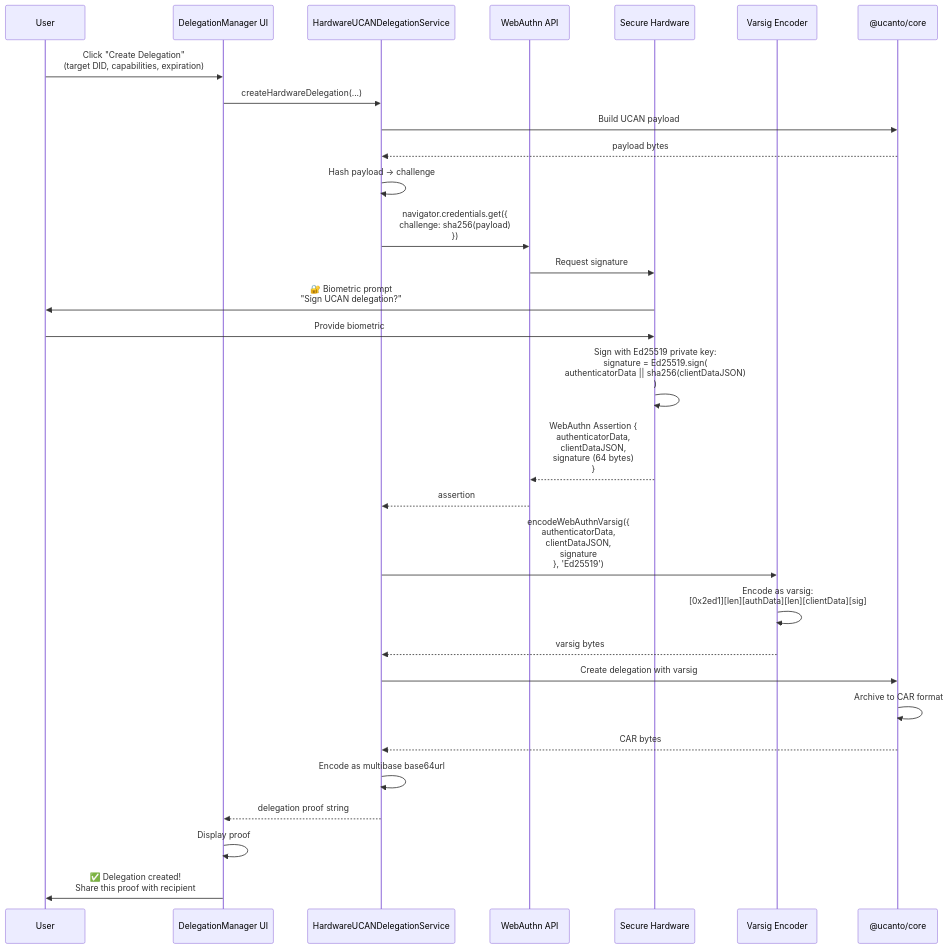
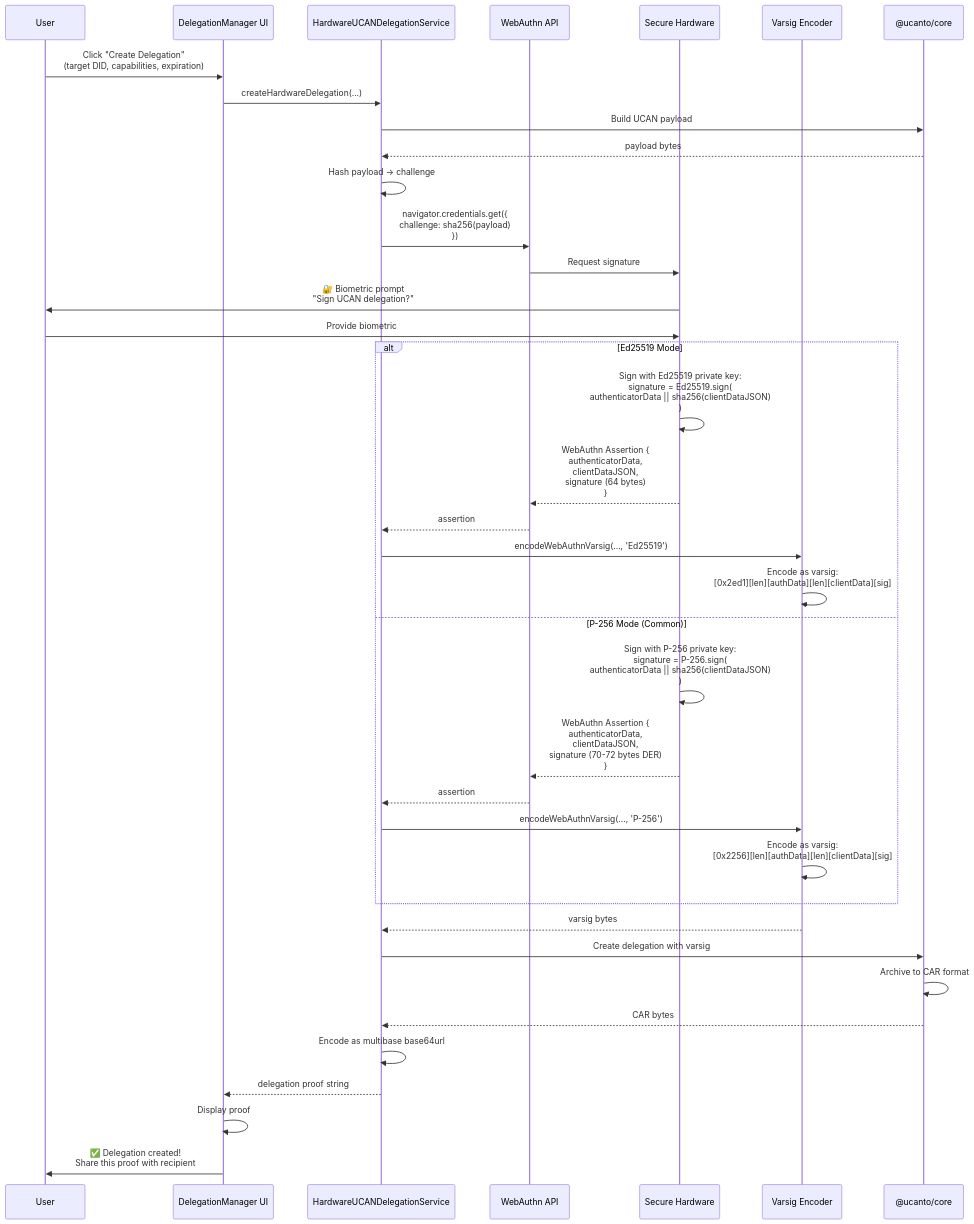
One commit to NiKrause/ucan-upload-wall changed the fourth of 13 diagrams in docs/ARCHITECTURE_FLOW.md. Above: the diagram before and after it, drawn with Mermaid. The commit also changed other lines of this file and 10 other files, not shown here.

````diff
--- a/docs/ARCHITECTURE_FLOW.md
+++ b/docs/ARCHITECTURE_FLOW.md
@@ -219,43 +236,49 @@
 ```mermaid
 sequenceDiagram
     participant User
     participant UI as DelegationManager UI
     participant HardwareService as HardwareUCANDelegationService
     participant Browser as WebAuthn API
     participant Hardware as Secure Hardware
     participant VarsigEncoder as Varsig Encoder
     participant Ucanto as @ucanto/core
 
     User->>UI: Click "Create Delegation"<br/>(target DID, capabilities, expiration)
     UI->>HardwareService: createHardwareDelegation(...)
     
     HardwareService->>Ucanto: Build UCAN payload
     Ucanto-->>HardwareService: payload bytes
     
     HardwareService->>HardwareService: Hash payload → challenge
     HardwareService->>Browser: navigator.credentials.get({<br/>  challenge: sha256(payload)<br/>})
     
     Browser->>Hardware: Request signature
     Hardware->>User: 🔐 Biometric prompt<br/>"Sign UCAN delegation?"
     User->>Hardware: Provide biometric
     
-    Hardware->>Hardware: Sign with Ed25519 private key:<br/>signature = Ed25519.sign(<br/>  authenticatorData || sha256(clientDataJSON)<br/>)
-    Hardware-->>Browser: WebAuthn Assertion {<br/>  authenticatorData,<br/>  clientDataJSON,<br/>  signature (64 bytes)<br/>}
+    alt Ed25519 Mode
+        Hardware->>Hardware: Sign with Ed25519 private key:<br/>signature = Ed25519.sign(<br/>  authenticatorData || sha256(clientDataJSON)<br/>)
+        Hardware-->>Browser: WebAuthn Assertion {<br/>  authenticatorData,<br/>  clientDataJSON,<br/>  signature (64 bytes)<br/>}
+        Browser-->>HardwareService: assertion
+        HardwareService->>VarsigEncoder: encodeWebAuthnVarsig(..., 'Ed25519')
+        VarsigEncoder->>VarsigEncoder: Encode as varsig:<br/>[0x2ed1][len][authData][len][clientData][sig]
+    else P-256 Mode (Common)
+        Hardware->>Hardware: Sign with P-256 private key:<br/>signature = P-256.sign(<br/>  authenticatorData || sha256(clientDataJSON)<br/>)
+        Hardware-->>Browser: WebAuthn Assertion {<br/>  authenticatorData,<br/>  clientDataJSON,<br/>  signature (70-72 bytes DER)<br/>}
+        Browser-->>HardwareService: assertion
+        HardwareService->>VarsigEncoder: encodeWebAuthnVarsig(..., 'P-256')
+        VarsigEncoder->>VarsigEncoder: Encode as varsig:<br/>[0x2256][len][authData][len][clientData][sig]
+    end
     
-    Browser-->>HardwareService: assertion
-    
-    HardwareService->>VarsigEncoder: encodeWebAuthnVarsig({<br/>  authenticatorData,<br/>  clientDataJSON,<br/>  signature<br/>}, 'Ed25519')
-    
-    VarsigEncoder->>VarsigEncoder: Encode as varsig:<br/>[0x2ed1][len][authData][len][clientData][sig]
     VarsigEncoder-->>HardwareService: varsig bytes
     
     HardwareService->>Ucanto: Create delegation with varsig
     Ucanto->>Ucanto: Archive to CAR format
     Ucanto-->>HardwareService: CAR bytes
     
     HardwareService->>HardwareService: Encode as multibase base64url
     HardwareService-->>UI: delegation proof string
     
     UI->>UI: Display proof
     UI->>User: ✅ Delegation created!<br/>Share this proof with recipient
 ```
````
